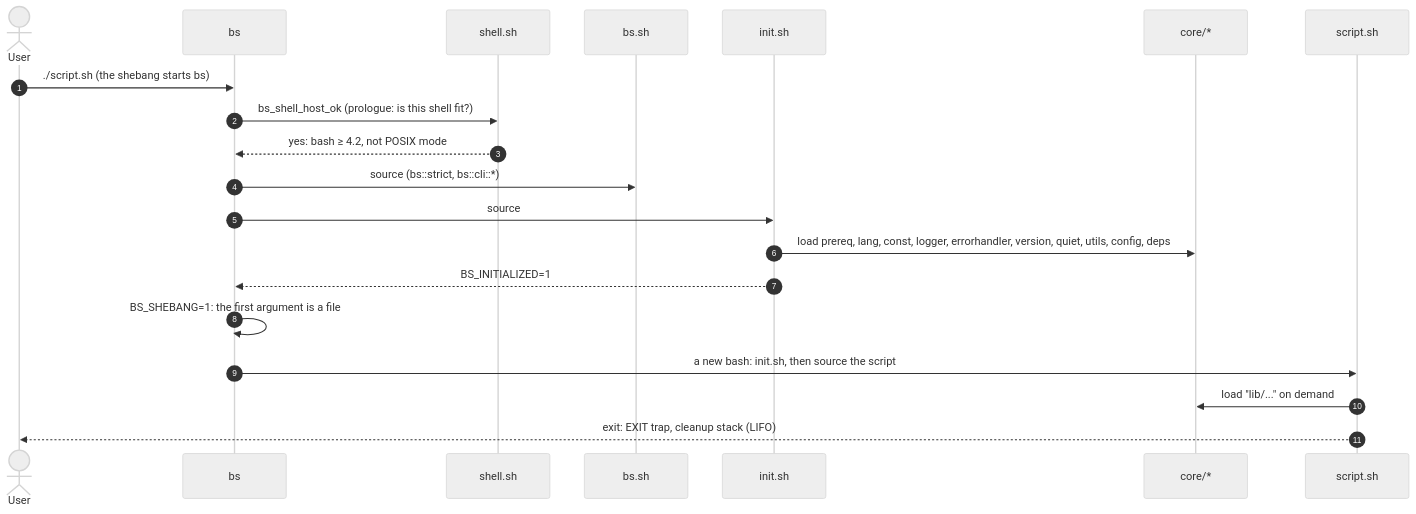
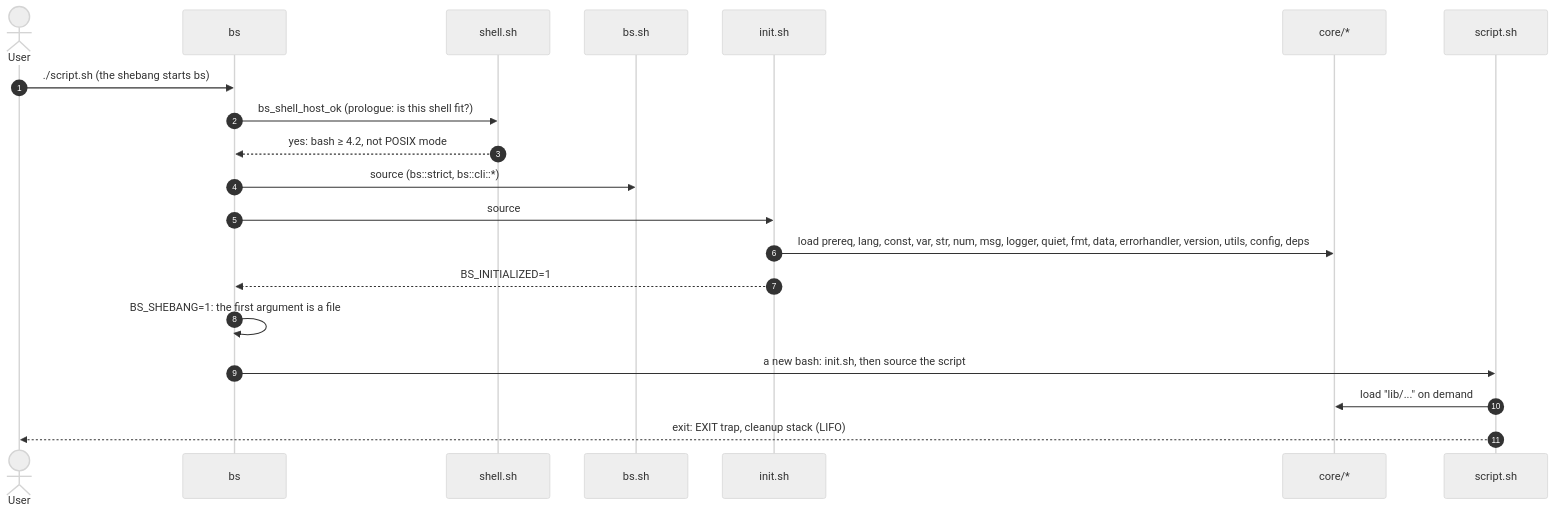
Before and after one commit to Igormm/bs: the second of 7 diagrams in documentation/en/01-getting-started/README.md, drawn with Mermaid (neutral theme). The commit also changed other lines of this file and 4 other files, not shown here.

First line of the commit message:
docs: схема компонентов Getting Started и примеры кодстайла после перевода args

````diff
--- a/documentation/en/01-getting-started/README.md
+++ b/documentation/en/01-getting-started/README.md
@@ -238,22 +243,22 @@
 ```mermaid
 sequenceDiagram
   autonumber
   actor U as User
   participant bs as bs
   participant sh as shell.sh
   participant bsh as bs.sh
   participant init as init.sh
   participant core as core/*
   participant S as script.sh
   U->>bs: ./script.sh (the shebang starts bs)
   bs->>sh: bs_shell_host_ok (prologue: is this shell fit?)
   sh-->>bs: yes: bash ≥ 4.2, not POSIX mode
   bs->>bsh: source (bs::strict, bs::cli::*)
   bs->>init: source
-  init->>core: load prereq, lang, const, logger, errorhandler, version, quiet, utils, config, deps
+  init->>core: load prereq, lang, const, var, str, num, msg, logger, quiet, fmt, data, errorhandler, version, utils, config, deps
   init-->>bs: BS_INITIALIZED=1
   bs->>bs: BS_SHEBANG=1: the first argument is a file
   bs->>S: a new bash: init.sh, then source the script
   S->>core: load "lib/..." on demand
   S-->>U: exit: EXIT trap, cleanup stack (LIFO)
 ```
````
